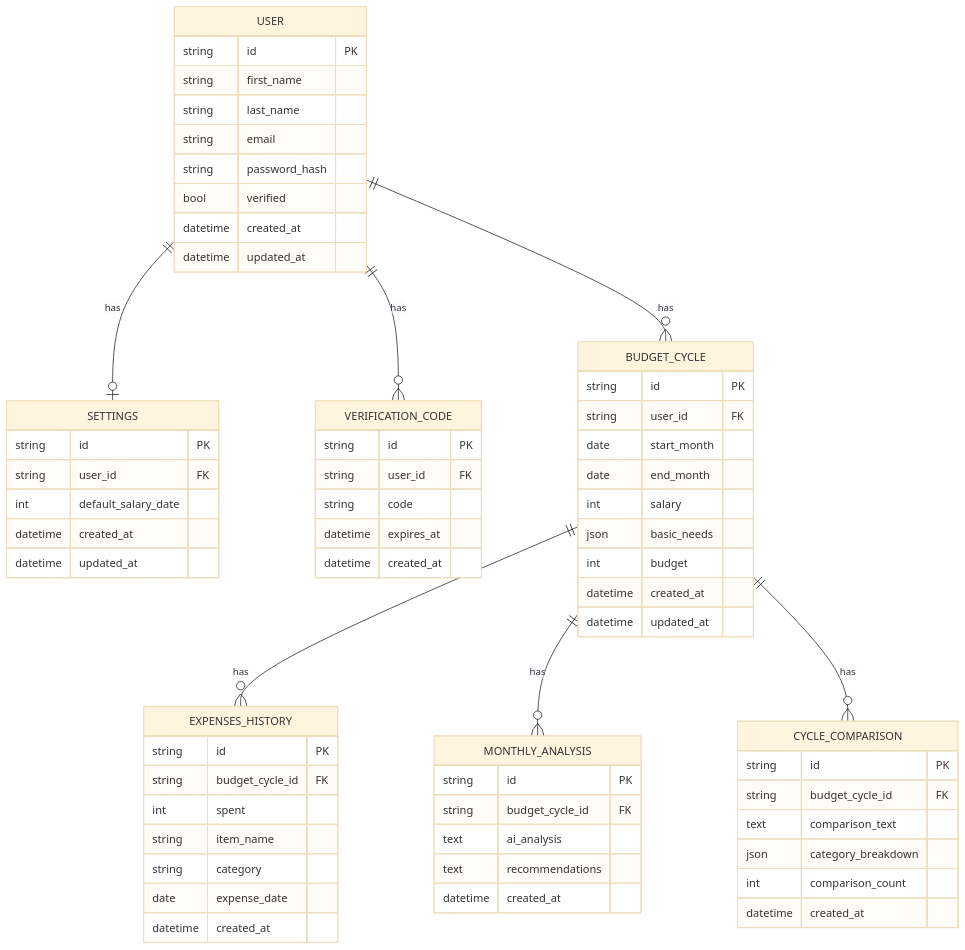
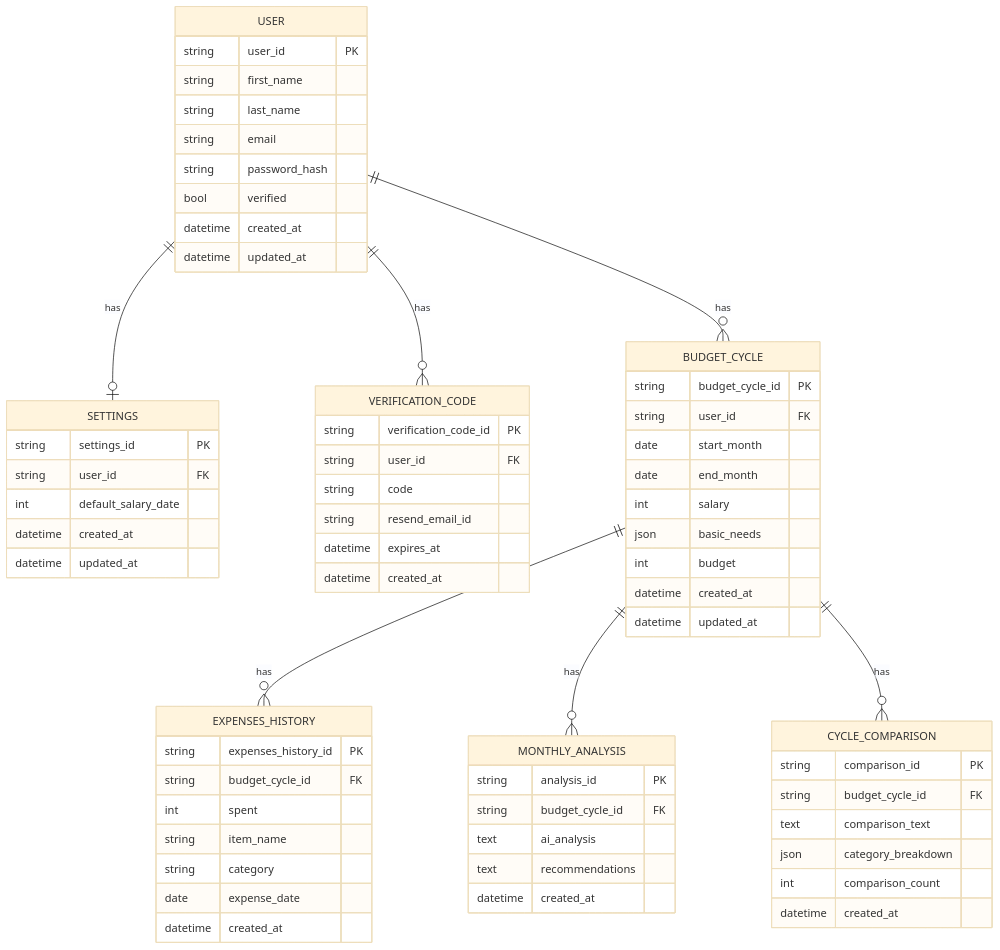
Before and after one commit to sabi1125/nokori: the diagram in docs/database_schema/schema.md, drawn with Mermaid (base theme). The commit also changed other lines of this file and 1 other file, not shown here.

Commit message:
fix: fixed database schema to include resend's id and updated docs

````diff
--- a/docs/database_schema/schema.md
+++ b/docs/database_schema/schema.md
@@ -3,75 +3,76 @@
 ```mermaid
 erDiagram
     USER ||--o| SETTINGS : has
     USER ||--o{ VERIFICATION_CODE : has
     USER ||--o{ BUDGET_CYCLE : has
     BUDGET_CYCLE ||--o{ EXPENSES_HISTORY : has
     BUDGET_CYCLE ||--o{ MONTHLY_ANALYSIS : has
     BUDGET_CYCLE ||--o{ CYCLE_COMPARISON : has
 
     USER {
-        string id PK
+        string user_id PK
         string first_name
         string last_name
         string email
         string password_hash
         bool verified
         datetime created_at
         datetime updated_at
     }
 
     VERIFICATION_CODE {
-        string id PK
+        string verification_code_id PK
         string user_id FK
         string code
+        string resend_email_id
         datetime expires_at
         datetime created_at
     }
 
     SETTINGS {
-        string id PK
+        string settings_id PK
         string user_id FK
         int default_salary_date
         datetime created_at
         datetime updated_at
     }
 
     BUDGET_CYCLE {
-        string id PK
+        string budget_cycle_id PK
         string user_id FK
         date start_month
         date end_month
         int salary
         json basic_needs
         int budget
         datetime created_at
         datetime updated_at
     }
 
     EXPENSES_HISTORY {
-        string id PK
+        string expenses_history_id PK
         string budget_cycle_id FK
         int spent
         string item_name
         string category
         date expense_date
         datetime created_at
     }
 
     MONTHLY_ANALYSIS {
-        string id PK
+        string analysis_id PK
         string budget_cycle_id FK
         text ai_analysis
         text recommendations
         datetime created_at
     }
 
     CYCLE_COMPARISON {
-        string id PK
+        string comparison_id PK
         string budget_cycle_id FK
         text comparison_text
         json category_breakdown
         int comparison_count
         datetime created_at
     }
 ```
````
